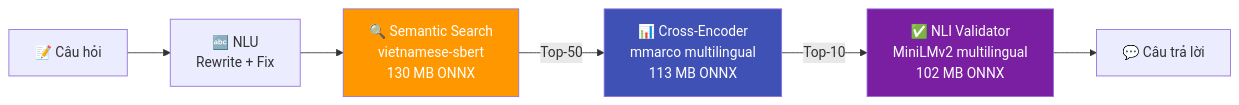
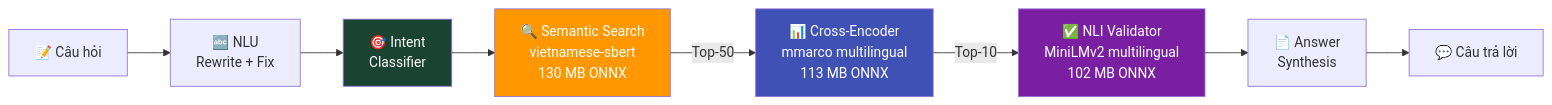
The second of 3 diagrams in README.md (HistoryMindAI/vietnam_history_dataset), drawn with Mermaid before and after one commit. The commit also changed other lines of this file and 7 other files, not shown here.

````diff
--- a/README.md
+++ b/README.md
@@ -110,12 +121,15 @@
 ```mermaid
 flowchart LR
     Q["📝 Câu hỏi"] --> NLU["🔤 NLU<br/>Rewrite + Fix"]
-    NLU --> Search["🔍 Semantic Search<br/>vietnamese-sbert<br/>130 MB ONNX"]
+    NLU --> IC["🎯 Intent<br/>Classifier"]
+    IC --> Search["🔍 Semantic Search<br/>vietnamese-sbert<br/>130 MB ONNX"]
     Search -->|"Top-50"| Rerank["📊 Cross-Encoder<br/>mmarco multilingual<br/>113 MB ONNX"]
     Rerank -->|"Top-10"| NLI["✅ NLI Validator<br/>MiniLMv2 multilingual<br/>102 MB ONNX"]
-    NLI --> Answer["💬 Câu trả lời"]
+    NLI --> Synth["📄 Answer<br/>Synthesis"]
+    Synth --> Answer["💬 Câu trả lời"]
 
     style Search fill:#FF9800,color:#fff
     style Rerank fill:#3F51B5,color:#fff
     style NLI fill:#7B1FA2,color:#fff
+    style IC fill:#1b4332,color:#fff
 ```
````
